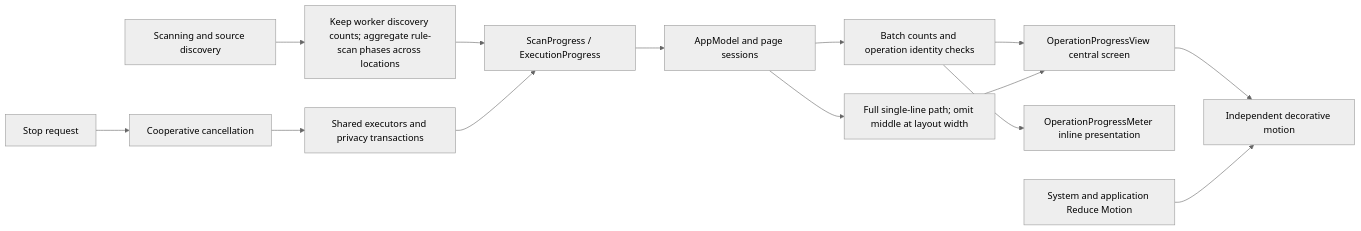
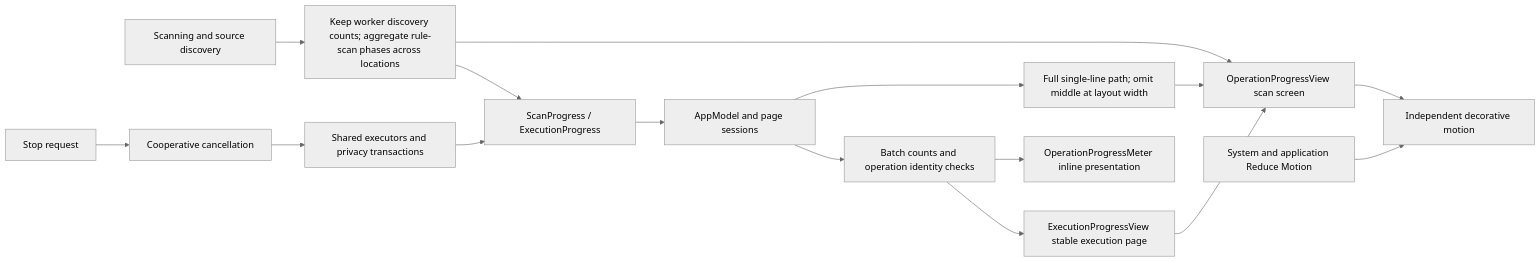
Before and after one commit to limecloud/shou: the first of 4 diagrams in docs/product/operation-progress.md, drawn with Mermaid (neutral theme). The commit also changed other lines of this file and 133 other files, not shown here.

````diff
--- a/docs/product/operation-progress.md
+++ b/docs/product/operation-progress.md
@@ -31,16 +37,18 @@
 ```mermaid
 flowchart LR
   Scan[Scanning and source discovery] --> Normalize[Keep worker discovery counts; aggregate rule-scan phases across locations]
   Normalize --> Events[ScanProgress / ExecutionProgress]
   Execute[Shared executors and privacy transactions] --> Events
   Events --> Sessions[AppModel and page sessions]
   Sessions --> Aggregate[Batch counts and operation identity checks]
-  Aggregate --> Full[OperationProgressView central screen]
+  Aggregate --> Page[ExecutionProgressView stable execution page]
+  Page --> Full
+  Normalize --> Full[OperationProgressView scan screen]
   Aggregate --> Inline[OperationProgressMeter inline presentation]
   Sessions --> Path[Full single-line path; omit middle at layout width]
   Path --> Full
   Full --> Artwork[Independent decorative motion]
   Preferences[System and application Reduce Motion] --> Artwork
   User[Stop request] --> Cancel[Cooperative cancellation]
   Cancel --> Execute
 ```
````
